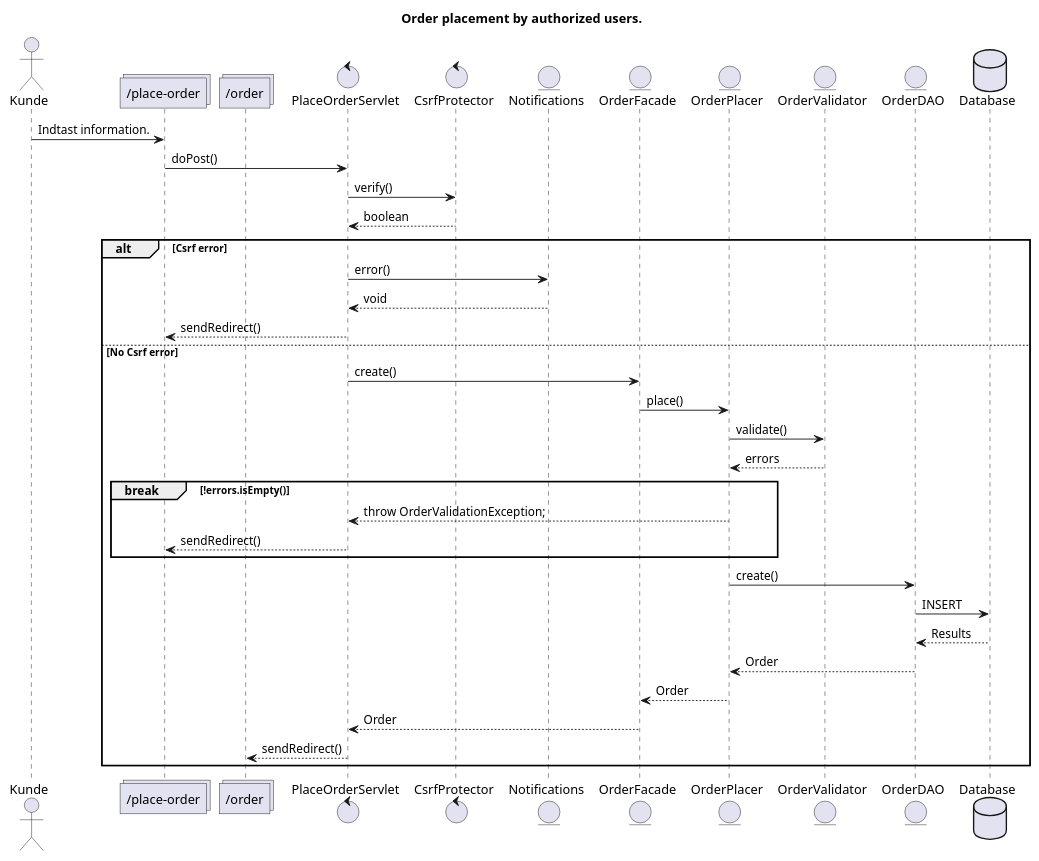
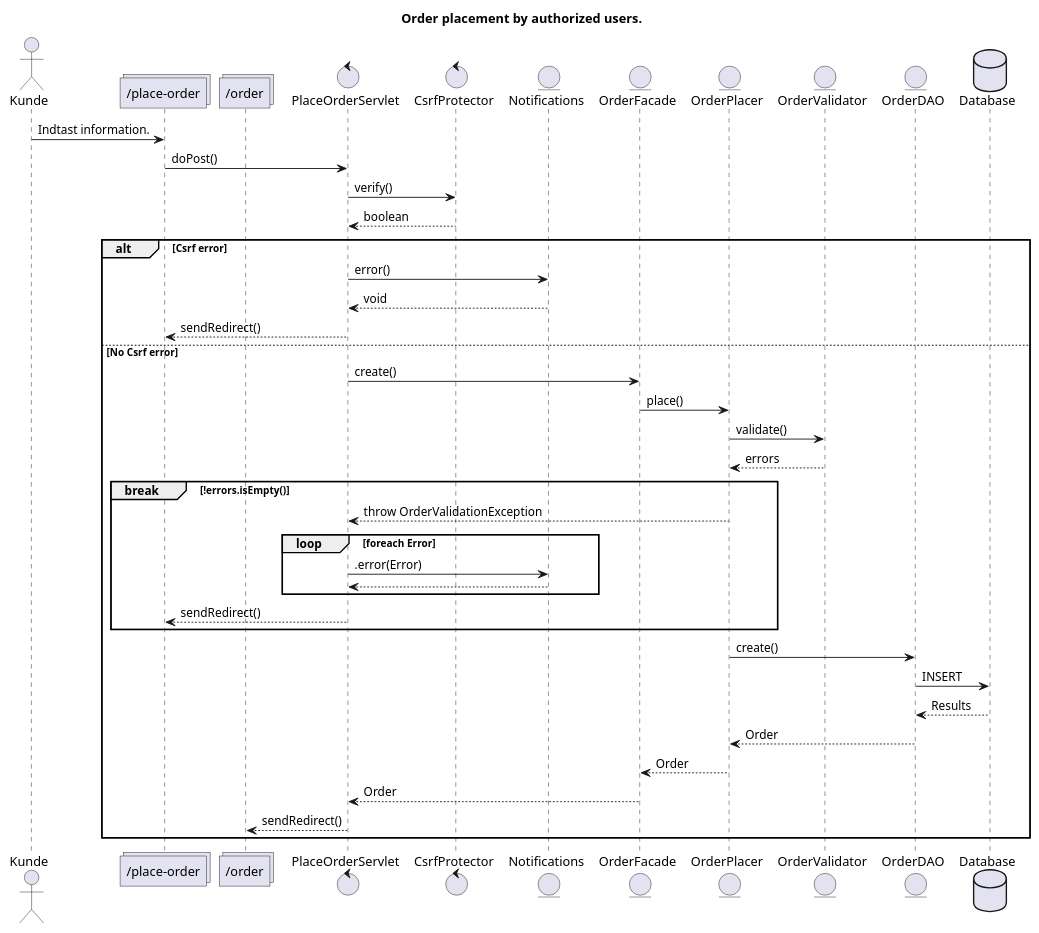
One commit to Thomas-Rosenkrans-Vestergaard/fog changed the diagram in documentation/place_order_sequence.puml. Above: the diagram before and after it, drawn with PlantUML. The commit also changed 1 other file, not shown here.

Commit message:
added foreach(Error) to diagram

```diff
--- a/documentation/place_order_sequence.puml
+++ b/documentation/place_order_sequence.puml
@@ -1,44 +1,48 @@
 @startuml
 
 title Order placement by authorized users.
 
 actor Kunde as Customer
 collections "/place-order" as PLACE_JSP
 collections "/order" as ORDER_JSP
 control PlaceOrderServlet as Servlet
 control CsrfProtector as Csrf
 entity Notifications
 entity OrderFacade
 entity OrderPlacer
 entity OrderValidator
 entity OrderDAO
 database Database
 
 Customer -> PLACE_JSP : Indtast information.
 PLACE_JSP -> Servlet : doPost()
 Servlet -> Csrf : verify()
 Csrf --> Servlet : boolean
 
 alt Csrf error
 Servlet -> Notifications : error()
 Notifications --> Servlet : void
 Servlet --> PLACE_JSP : sendRedirect()
 else No Csrf error
     Servlet -> OrderFacade : create()
     OrderFacade -> OrderPlacer : place()
     OrderPlacer -> OrderValidator : validate()
     OrderValidator --> OrderPlacer : errors
     break !errors.isEmpty()
-        OrderPlacer --> Servlet : throw OrderValidationException;
+        OrderPlacer --> Servlet : throw OrderValidationException
+        loop foreach Error
+            Servlet -> Notifications : .error(Error)
+            Notifications --> Servlet
+        end
         Servlet --> PLACE_JSP : sendRedirect()
     end
     OrderPlacer -> OrderDAO : create()
     OrderDAO -> Database : INSERT
     Database --> OrderDAO : Results
     OrderDAO --> OrderPlacer : Order
     OrderPlacer --> OrderFacade : Order
     OrderFacade --> Servlet : Order
     Servlet --> ORDER_JSP : sendRedirect()
 end
 
 @enduml
```
